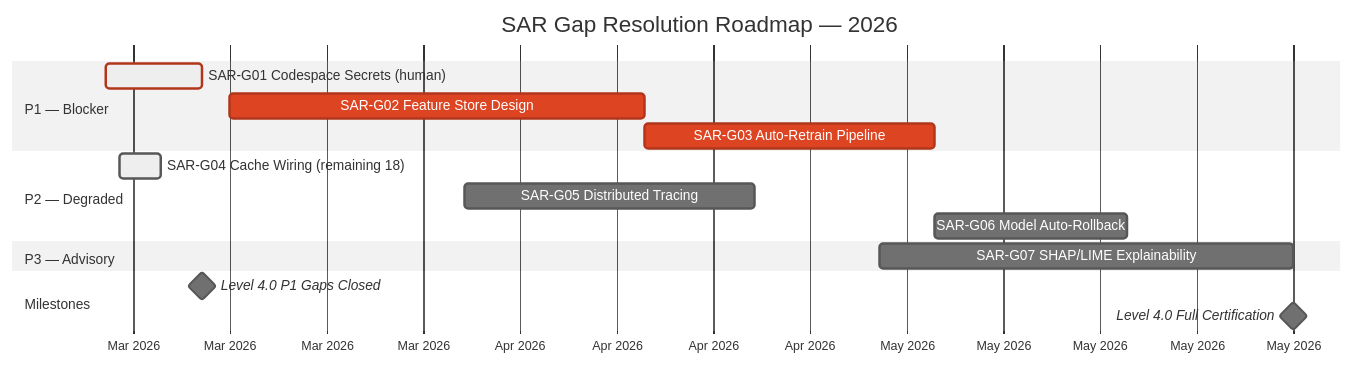
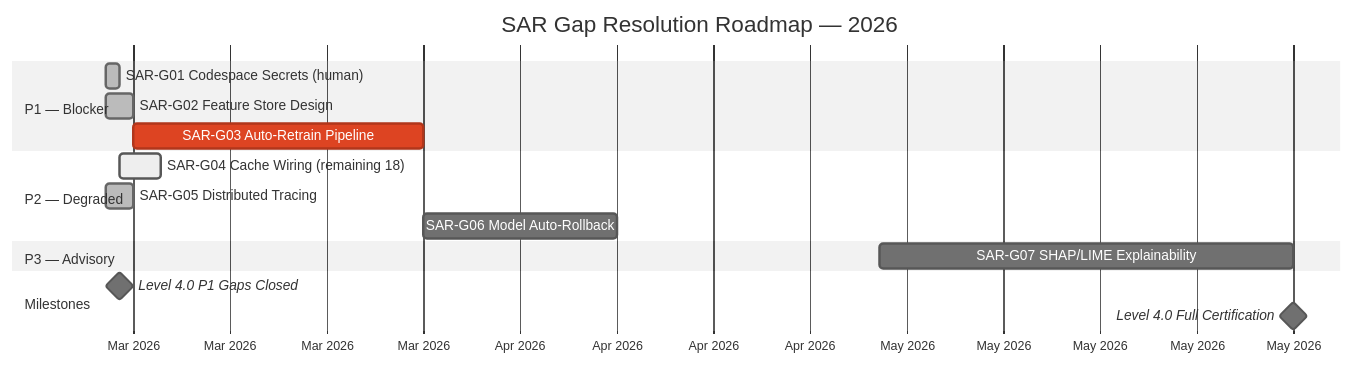
Before and after one commit to Aries-Serpent/_codex_: diagram 15 of 17 in docs/ops/SAR_METHODOLOGY.md, drawn with Mermaid (neutral theme). The commit also changed other lines of this file and 10 other files, not shown here.

Commit message:
feat(docs): systematic doc metrics sync — script, pre-commit hook, fix 27 stale Mermaid/KPI values

````diff
--- a/docs/ops/SAR_METHODOLOGY.md
+++ b/docs/ops/SAR_METHODOLOGY.md
@@ -651,23 +651,23 @@
 ```mermaid
 gantt
     title SAR Gap Resolution Roadmap — 2026
     dateFormat  YYYY-MM-DD
     axisFormat  %b %Y
 
     section P1 — Blocker
-    SAR-G01 Codespace Secrets (human)     :crit, active, g01, 2026-03-06, 7d
-    SAR-G02 Feature Store Design          :crit,         g02, 2026-03-15, 30d
+    SAR-G01 Codespace Secrets (human)     :done,         g01, 2026-03-06, 2026-03-07
+    SAR-G02 Feature Store Design          :done,         g02, 2026-03-06, 2026-03-08
     SAR-G03 Auto-Retrain Pipeline         :crit,         g03, after g02,  21d
 
     section P2 — Degraded
     SAR-G04 Cache Wiring (remaining 18)   :active,       g04, 2026-03-07, 3d
-    SAR-G05 Distributed Tracing           :              g05, 2026-04-01, 21d
+    SAR-G05 Distributed Tracing           :done,         g05, 2026-03-06, 2026-03-08
     SAR-G06 Model Auto-Rollback           :              g06, after g03,  14d
 
     section P3 — Advisory
     SAR-G07 SHAP/LIME Explainability      :              g07, 2026-05-01, 30d
 
     section Milestones
     Level 4.0 P1 Gaps Closed             :milestone, m1, after g01, 0d
     Level 4.0 Full Certification          :milestone, m2, after g07, 0d
 ```
````
